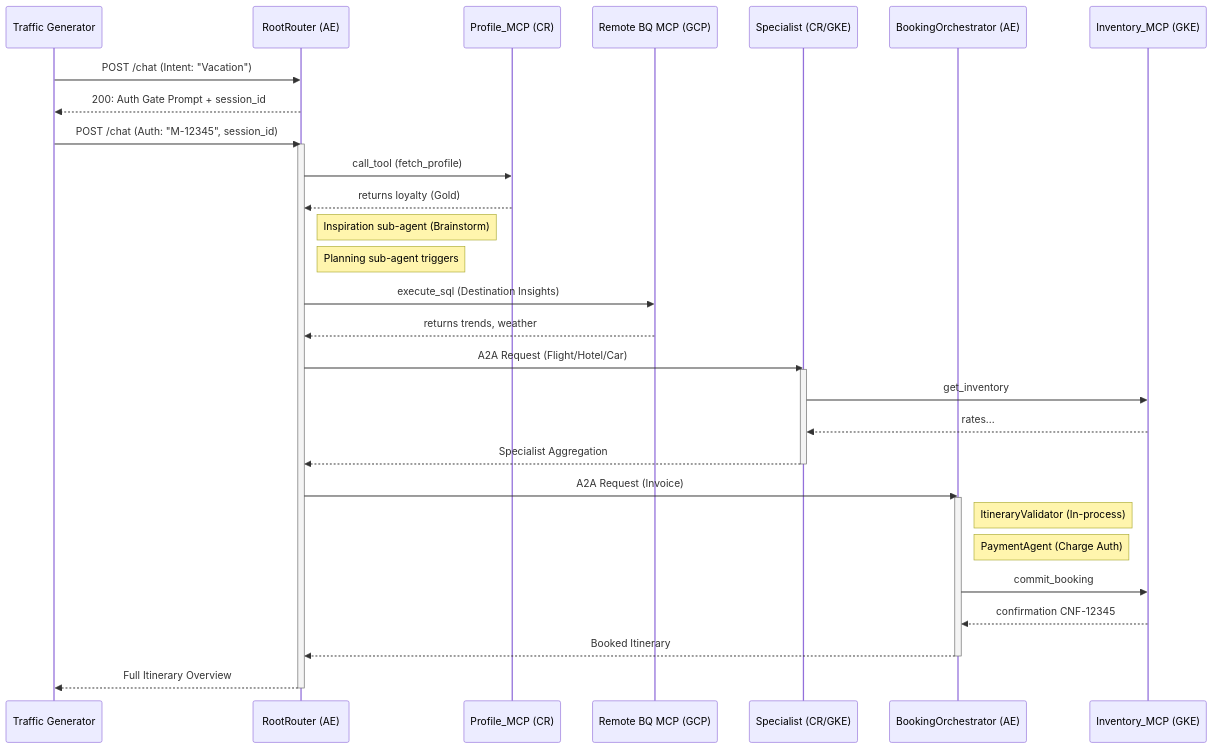
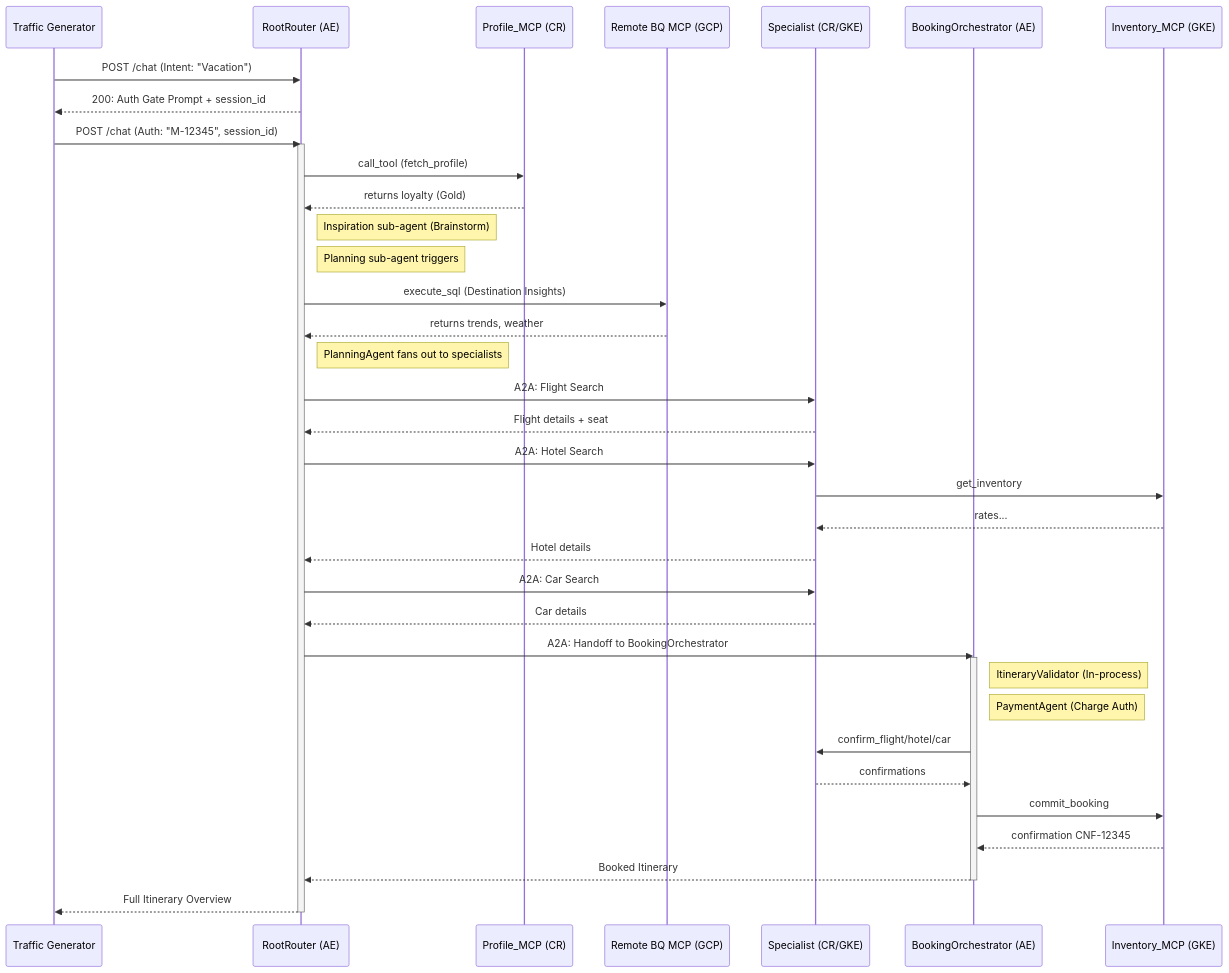
Before and after one commit to srtux/agent-testbed: the third of 3 diagrams in README.md, drawn with Mermaid. The commit also changed other lines of this file and 18 other files, not shown here.

````diff
--- a/README.md
+++ b/README.md
@@ -343,46 +345,51 @@
 ```mermaid
 sequenceDiagram
     participant TrafficGen as Traffic Generator
     participant RootRouter as RootRouter (AE)
     participant ProfileMCP as Profile_MCP (CR)
     participant RemoteBQ as Remote BQ MCP (GCP)
     participant Specialist as Specialist (CR/GKE)
     participant Booking as BookingOrchestrator (AE)
     participant InvMCP as Inventory_MCP (GKE)
 
     %% Turn 1
     TrafficGen->>RootRouter: POST /chat (Intent: "Vacation")
     RootRouter-->>TrafficGen: 200: Auth Gate Prompt + session_id
 
     %% Turn 2
     TrafficGen->>RootRouter: POST /chat (Auth: "M-12345", session_id)
     activate RootRouter
 
     RootRouter->>ProfileMCP: call_tool (fetch_profile)
     ProfileMCP-->>RootRouter: returns loyalty (Gold)
 
     Note right of RootRouter: Inspiration sub-agent (Brainstorm)
     Note right of RootRouter: Planning sub-agent triggers
 
     RootRouter->>RemoteBQ: execute_sql (Destination Insights)
     RemoteBQ-->>RootRouter: returns trends, weather
 
-    RootRouter->>Specialist: A2A Request (Flight/Hotel/Car)
-    activate Specialist
+    Note right of RootRouter: PlanningAgent fans out to specialists
+    RootRouter->>Specialist: A2A: Flight Search
+    Specialist-->>RootRouter: Flight details + seat
+    RootRouter->>Specialist: A2A: Hotel Search
     Specialist->>InvMCP: get_inventory
     InvMCP-->>Specialist: rates...
-    Specialist-->>RootRouter: Specialist Aggregation
-    deactivate Specialist
+    Specialist-->>RootRouter: Hotel details
+    RootRouter->>Specialist: A2A: Car Search
+    Specialist-->>RootRouter: Car details
 
-    RootRouter->>Booking: A2A Request (Invoice)
+    RootRouter->>Booking: A2A: Handoff to BookingOrchestrator
     activate Booking
     Note right of Booking: ItineraryValidator (In-process)
     Note right of Booking: PaymentAgent (Charge Auth)
+    Booking->>Specialist: confirm_flight/hotel/car
+    Specialist-->>Booking: confirmations
     Booking->>InvMCP: commit_booking
     InvMCP-->>Booking: confirmation CNF-12345
     Booking-->>RootRouter: Booked Itinerary
     deactivate Booking
 
     RootRouter-->>TrafficGen: Full Itinerary Overview
     deactivate RootRouter
 ```
````
